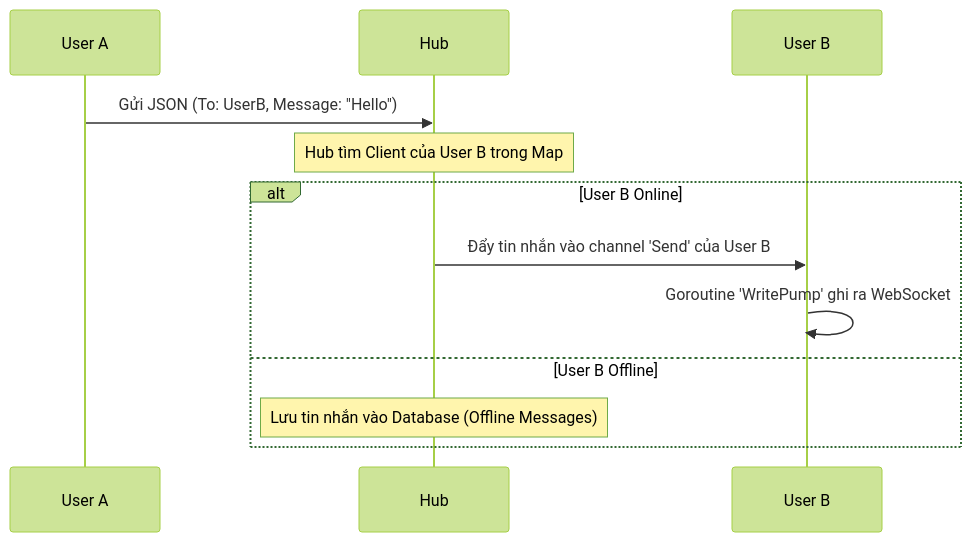
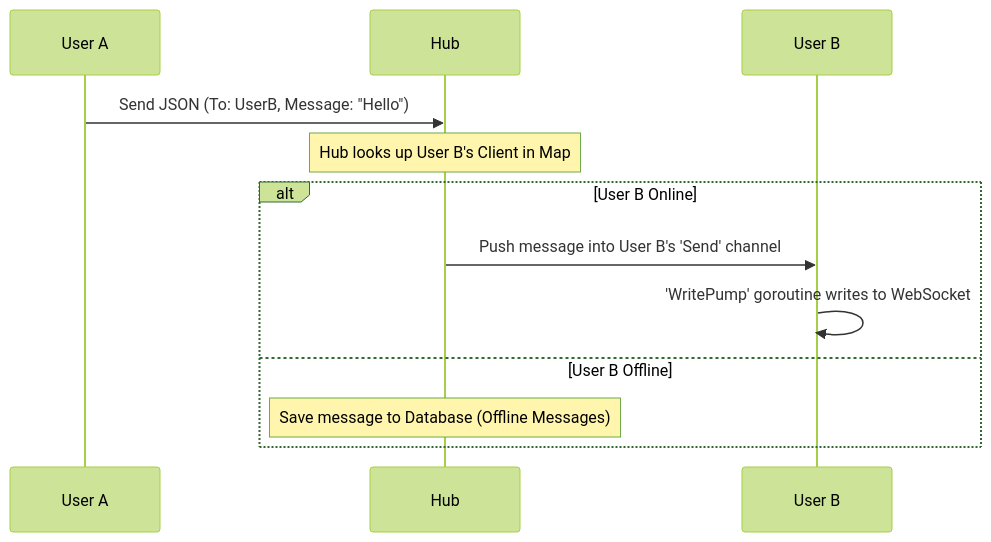
Before and after one commit to HarryDo29/go-app: the second of 6 diagrams in scripts/chat_app_system_design.md, drawn with Mermaid (forest theme). The commit also changed other lines of this file and 3 other files, not shown here.

````diff
--- a/scripts/chat_app_system_design.md
+++ b/scripts/chat_app_system_design.md
@@ -63,15 +63,15 @@
 ```mermaid
 sequenceDiagram
     participant User A
     participant Hub
     participant User B
 
-    User A->>Hub: Gửi JSON (To: UserB, Message: "Hello")
-    Note over Hub: Hub tìm Client của User B trong Map
+    User A->>Hub: Send JSON (To: UserB, Message: "Hello")
+    Note over Hub: Hub looks up User B's Client in Map
     alt User B Online
-        Hub->>User B: Đẩy tin nhắn vào channel 'Send' của User B
-        User B->>User B: Goroutine 'WritePump' ghi ra WebSocket
+        Hub->>User B: Push message into User B's 'Send' channel
+        User B->>User B: 'WritePump' goroutine writes to WebSocket
     else User B Offline
-        Note over Hub: Lưu tin nhắn vào Database (Offline Messages)
+        Note over Hub: Save message to Database (Offline Messages)
     end
 ```
````
